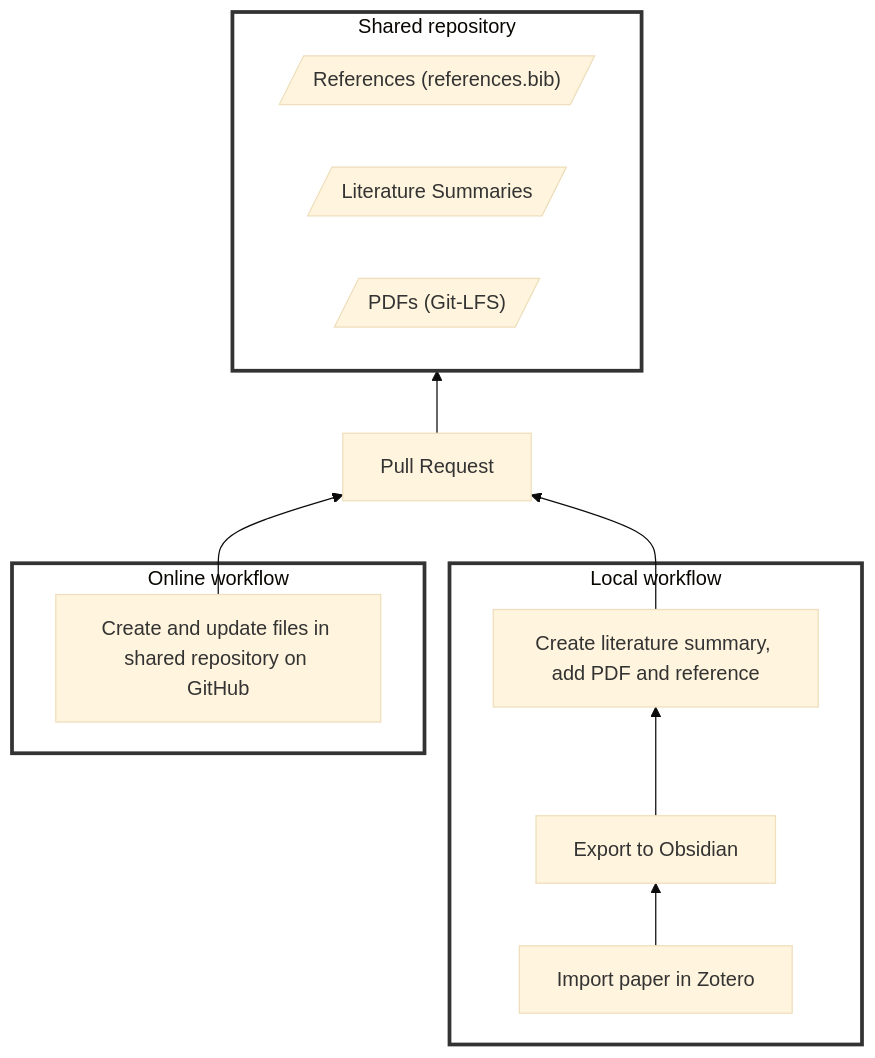
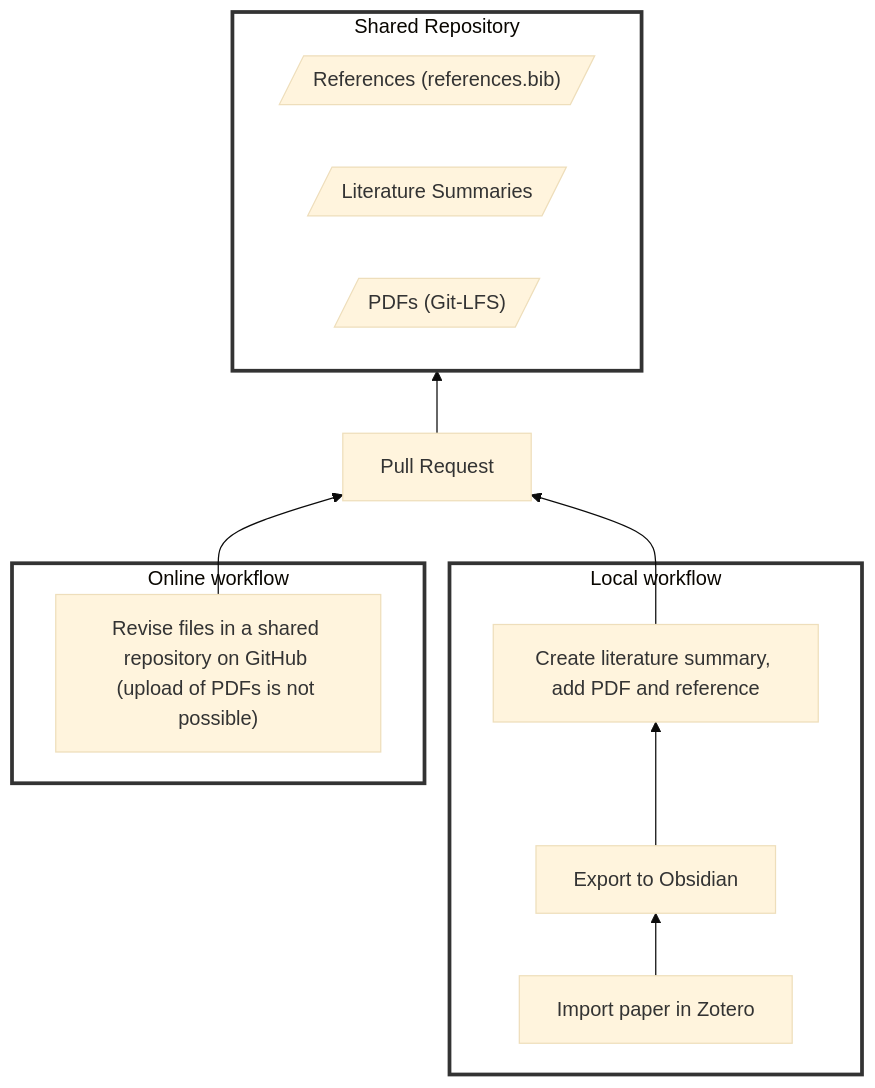
The diagram in docs/20-research/22-literature.md (digital-work-lab/handbook), drawn with Mermaid (base theme) before and after one commit. The commit also changed other lines of this file, not shown here.

````diff
--- a/docs/20-research/22-literature.md
+++ b/docs/20-research/22-literature.md
@@ -11,28 +11,28 @@
 ```mermaid
 graph BT
-    subgraph SharedRepository["Shared repository"]
+    subgraph SharedRepository["Shared Repository"]
         direction LR
         A@{ shape: lean-r, label: "References (references.bib)" }
         B@{ shape: lean-r, label: "Literature Summaries" }
         C@{ shape: lean-r, label: "PDFs (Git-LFS)" }
     end
 
     subgraph LocalWorkflow["Local workflow"]
         K["Import paper in Zotero"]
         K --> L["Export to Obsidian"]
         L --> D["Create literature summary, add PDF and reference"]
     end
 
     subgraph OnlineWorkflow["Online workflow"]
-        J["Create and update files in shared repository on GitHub"]
+        J["Revise files in a shared repository on GitHub (upload of PDFs is not possible)"]
     end
 
     J --> E
     E[Pull Request]
     D --> E
     E --> SharedRepository
 
     style LocalWorkflow fill:white,stroke:#333,stroke-width:3px
     style SharedRepository fill:white,stroke:#333,stroke-width:3px
     style OnlineWorkflow fill:white,stroke:#333,stroke-width:3px
 ```
````
